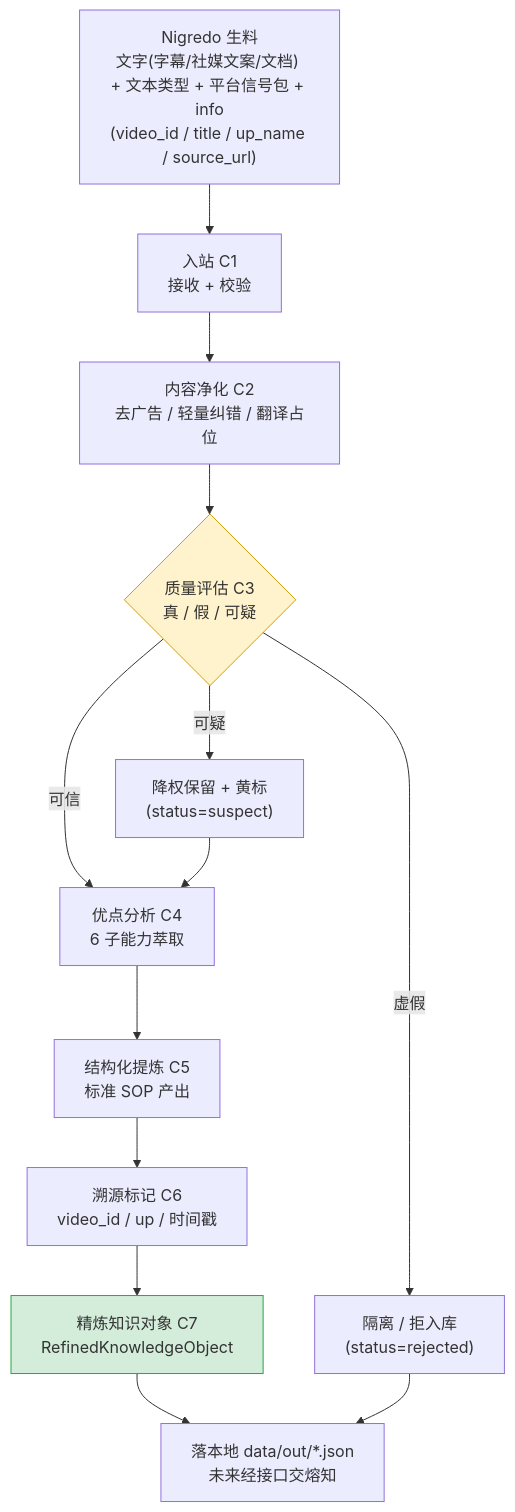
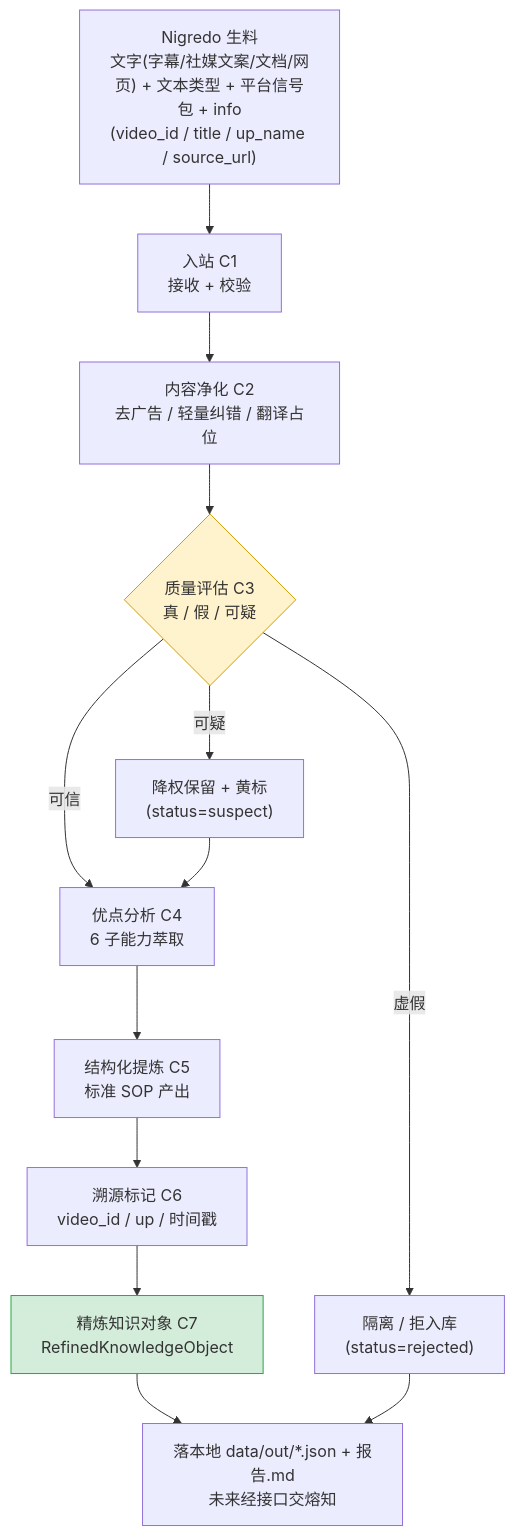
The diagram in FLOWCHART.md (shiyao222333-afk/albedo), drawn with Mermaid before and after one commit. The commit also changed other lines of this file and 5 other files, not shown here.

````diff
--- a/FLOWCHART.md
+++ b/FLOWCHART.md
@@ -11,18 +11,18 @@
 ```mermaid
 flowchart TD
-    A["Nigredo 生料<br/>文字(字幕/社媒文案/文档) + 文本类型 + 平台信号包 + info<br/>(video_id / title / up_name / source_url)"] --> B["入站 C1<br/>接收 + 校验"]
+    A["Nigredo 生料<br/>文字(字幕/社媒文案/文档/网页) + 文本类型 + 平台信号包 + info<br/>(video_id / title / up_name / source_url)"] --> B["入站 C1<br/>接收 + 校验"]
     B --> C["内容净化 C2<br/>去广告 / 轻量纠错 / 翻译占位"]
     C --> D{"质量评估 C3<br/>真 / 假 / 可疑"}
     D -->|"虚假"| E["隔离 / 拒入库<br/>(status=rejected)"]
     D -->|"可疑"| F["降权保留 + 黄标<br/>(status=suspect)"]
     D -->|"可信"| G["优点分析 C4<br/>6 子能力萃取"]
     F --> G
     G --> H["结构化提炼 C5<br/>标准 SOP 产出"]
     H --> I["溯源标记 C6<br/>video_id / up / 时间戳"]
     I --> J["精炼知识对象 C7<br/>RefinedKnowledgeObject"]
-    J --> K["落本地 data/out/*.json<br/>未来经接口交熔知"]
+    J --> K["落本地 data/out/*.json + 报告.md<br/>未来经接口交熔知"]
     E --> K
 
     style D fill:#fff3cd,stroke:#d39e00
     style J fill:#d4edda,stroke:#28a745
 ```
````
